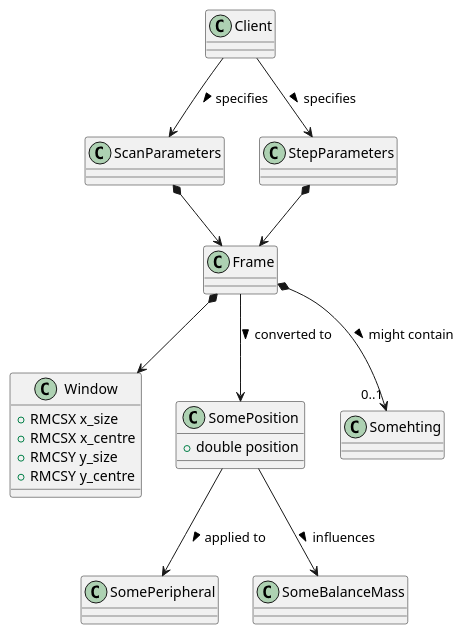
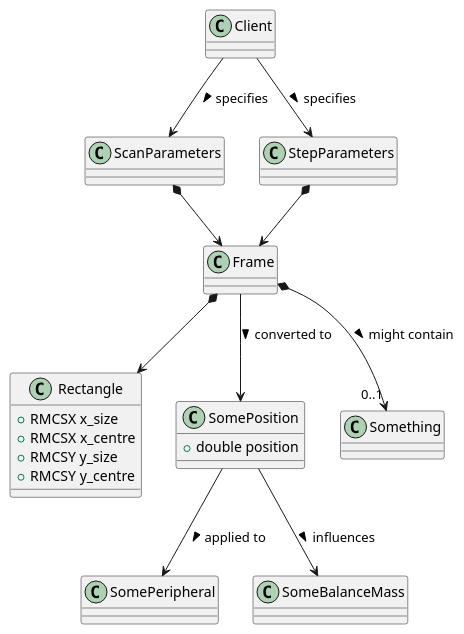
Before and after one commit to QuickSander/scratchboard: the diagram in eds_rema_software_euv2/domain_model.plantuml, drawn with PlantUML.

```diff
--- a/eds_rema_software_euv2/domain_model.plantuml
+++ b/eds_rema_software_euv2/domain_model.plantuml
@@ -1,27 +1,27 @@
 @startuml
-class Window {
+class Rectangle {
   + RMCSX x_size
   + RMCSX x_centre
   + RMCSY y_size
   + RMCSY y_centre
 }
 
 class SomePosition {
   + double position
 }
 
 Client --> ScanParameters : specifies >
 Client --> StepParameters : specifies >
 ScanParameters *--> Frame
 StepParameters *--> Frame
 
-Frame *--> Window
+Frame *--> Rectangle
 
-Frame *--> “0..1” Somehting : might contain >
+Frame *--> “0..1” Something : might contain >
 
 Frame --> SomePosition : converted to >
 SomePosition --> SomePeripheral : applied to >
 SomePosition --> SomeBalanceMass : influences > 
 
 
 @enduml
```
